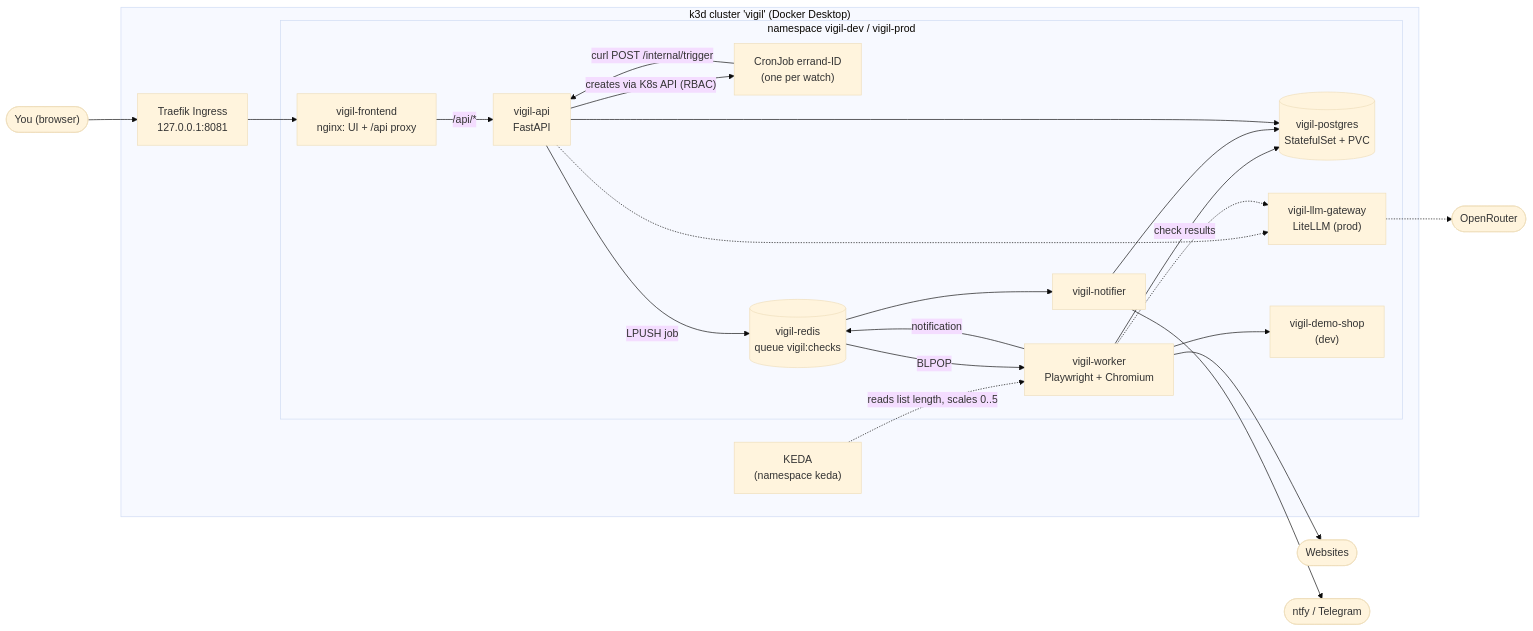
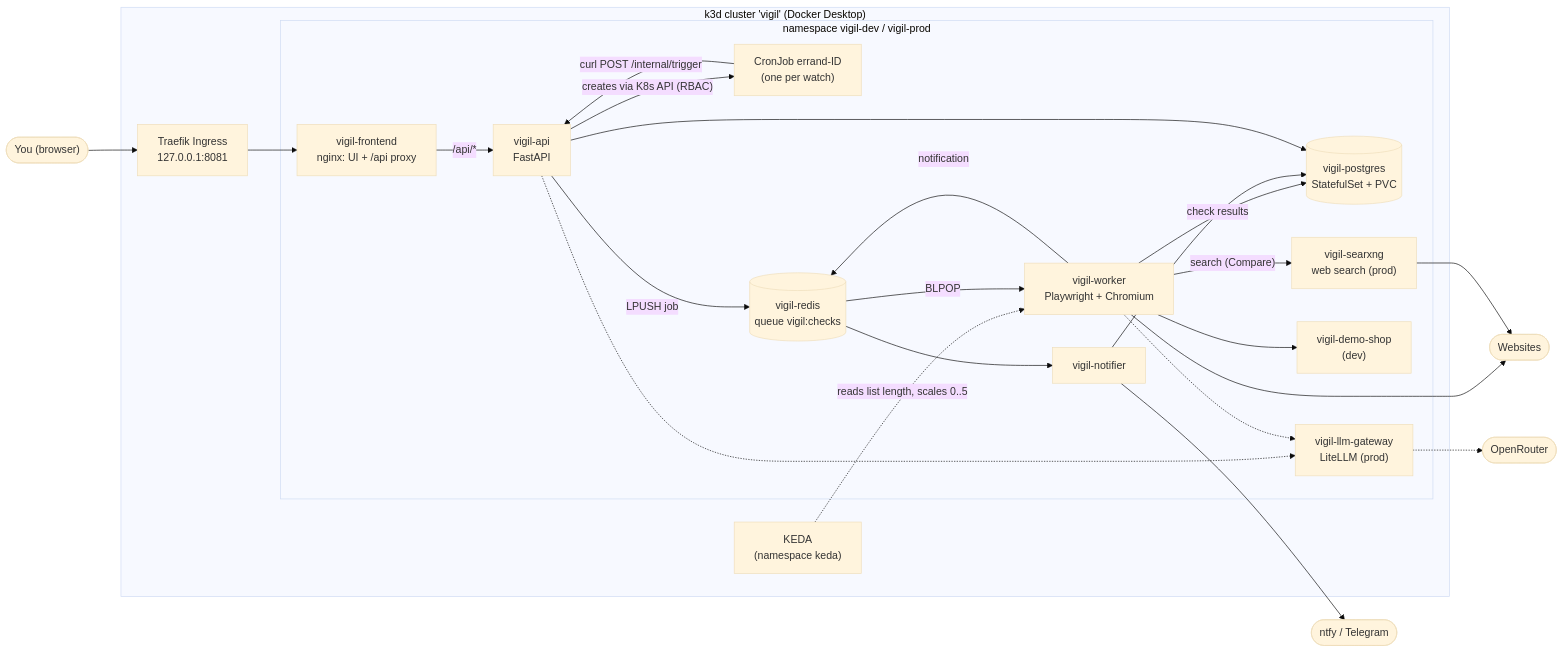
The first of 2 diagrams in README.md (gagan046-dev/vigil), drawn with Mermaid (base theme) before and after one commit. The commit also changed other lines of this file and 8 other files, not shown here.

````diff
--- a/README.md
+++ b/README.md
@@ -55,40 +68,43 @@
 ```mermaid
 flowchart LR
     user(["You (browser)"])
     subgraph cluster["k3d cluster 'vigil' (Docker Desktop)"]
         traefik["Traefik Ingress<br/>127.0.0.1:8081"]
         subgraph ns["namespace vigil-dev / vigil-prod"]
             fe["vigil-frontend<br/>nginx: UI + /api proxy"]
             api["vigil-api<br/>FastAPI"]
             cron["CronJob errand-ID<br/>(one per watch)"]
             redis[("vigil-redis<br/>queue vigil:checks")]
             worker["vigil-worker<br/>Playwright + Chromium"]
             notifier["vigil-notifier"]
             pg[("vigil-postgres<br/>StatefulSet + PVC")]
             gw["vigil-llm-gateway<br/>LiteLLM (prod)"]
             shop["vigil-demo-shop<br/>(dev)"]
+            sx["vigil-searxng<br/>web search (prod)"]
         end
         keda["KEDA<br/>(namespace keda)"]
     end
     web(["Websites"])
     llm(["OpenRouter"])
     push(["ntfy / Telegram"])
 
     user --> traefik --> fe -->|"/api/*"| api
     api -->|"creates via K8s API (RBAC)"| cron
     cron -->|"curl POST /internal/trigger"| api
     api -->|"LPUSH job"| redis
     keda -.->|"reads list length, scales 0..5"| worker
     redis -->|"BLPOP"| worker
     worker --> web
     worker --> shop
+    worker -->|"search (Compare)"| sx
+    sx --> web
     worker -->|"check results"| pg
     worker -->|"notification"| redis
     redis --> notifier
     notifier --> pg
     notifier --> push
     api --> pg
     api -.-> gw
     worker -.-> gw
     gw -.-> llm
 ```
````
